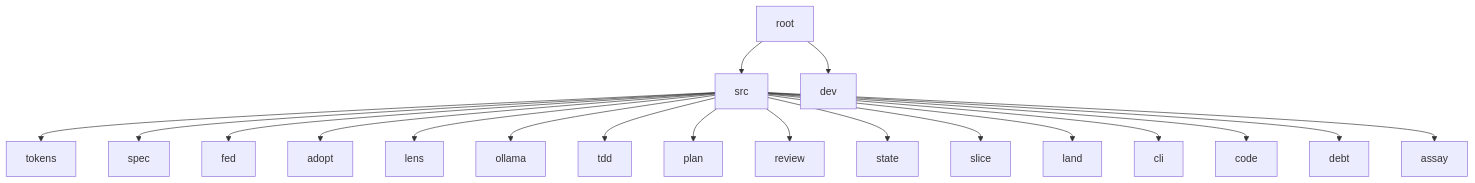
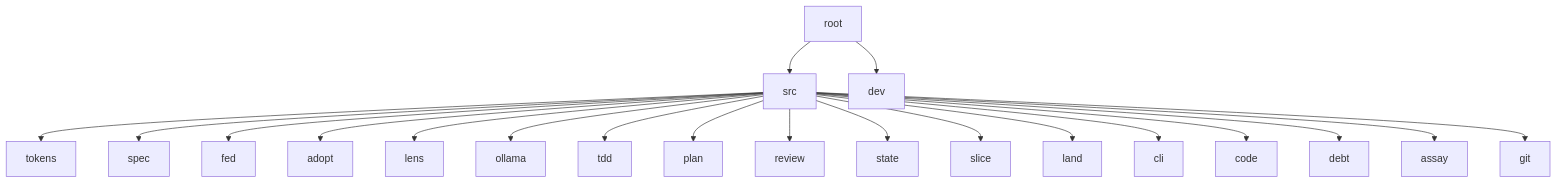
The diagram in README.md (pr0d1r2/sherd), drawn with Mermaid before and after one commit. The commit also changed other lines of this file and 25 other files, not shown here.

````diff
--- a/README.md
+++ b/README.md
@@ -110,40 +111,42 @@
 ```mermaid
 graph TD
     root[root]
     src[src]
     dev[dev]
     src_tokens[tokens]
     src_spec[spec]
     src_fed[fed]
     src_adopt[adopt]
     src_lens[lens]
     src_ollama[ollama]
     src_tdd[tdd]
     src_plan[plan]
     src_review[review]
     src_state[state]
     src_slice[slice]
     src_land[land]
     src_cli[cli]
     src_code[code]
     src_debt[debt]
     src_assay[assay]
+    src_git[git]
     root --> src
     root --> dev
     src --> src_tokens
     src --> src_spec
     src --> src_fed
     src --> src_adopt
     src --> src_lens
     src --> src_ollama
     src --> src_tdd
     src --> src_plan
     src --> src_review
     src --> src_state
     src --> src_slice
     src --> src_land
     src --> src_cli
     src --> src_code
     src --> src_debt
     src --> src_assay
+    src --> src_git
 ```
````
